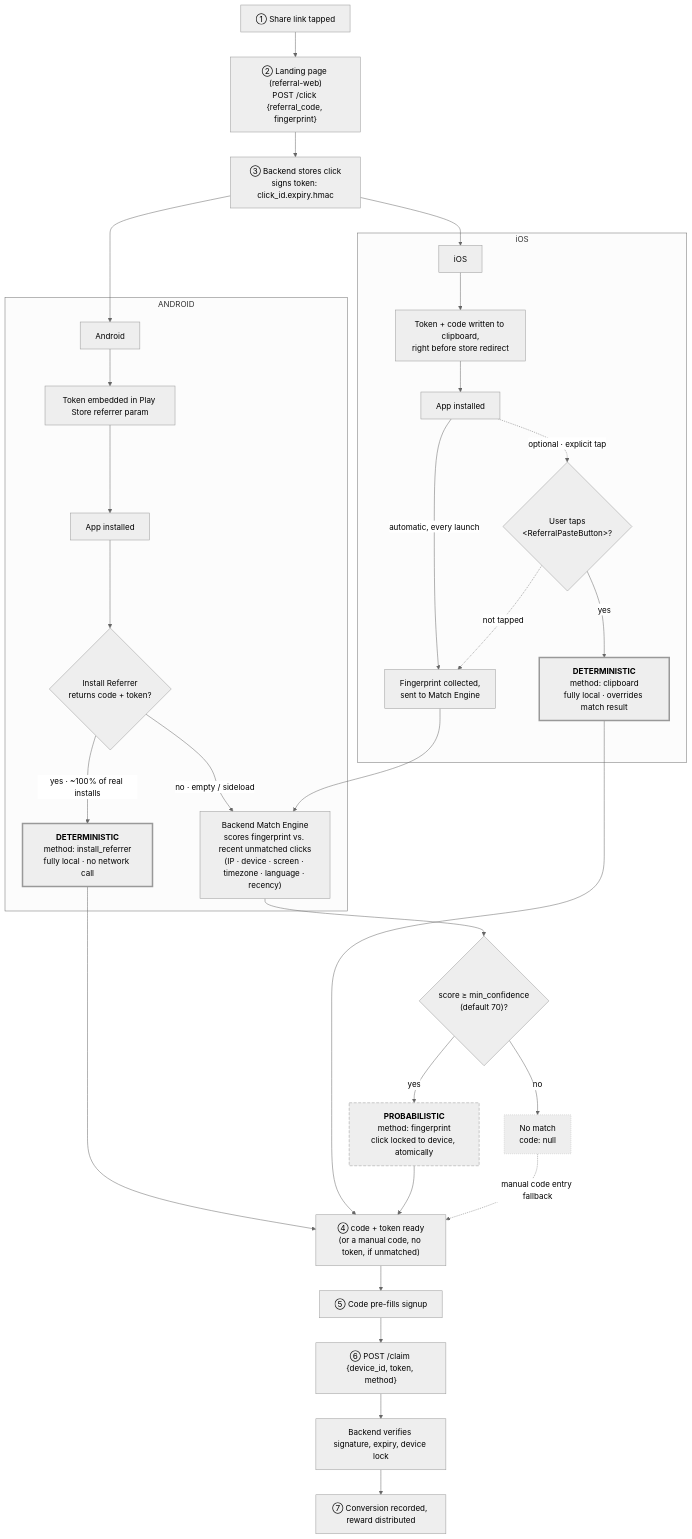
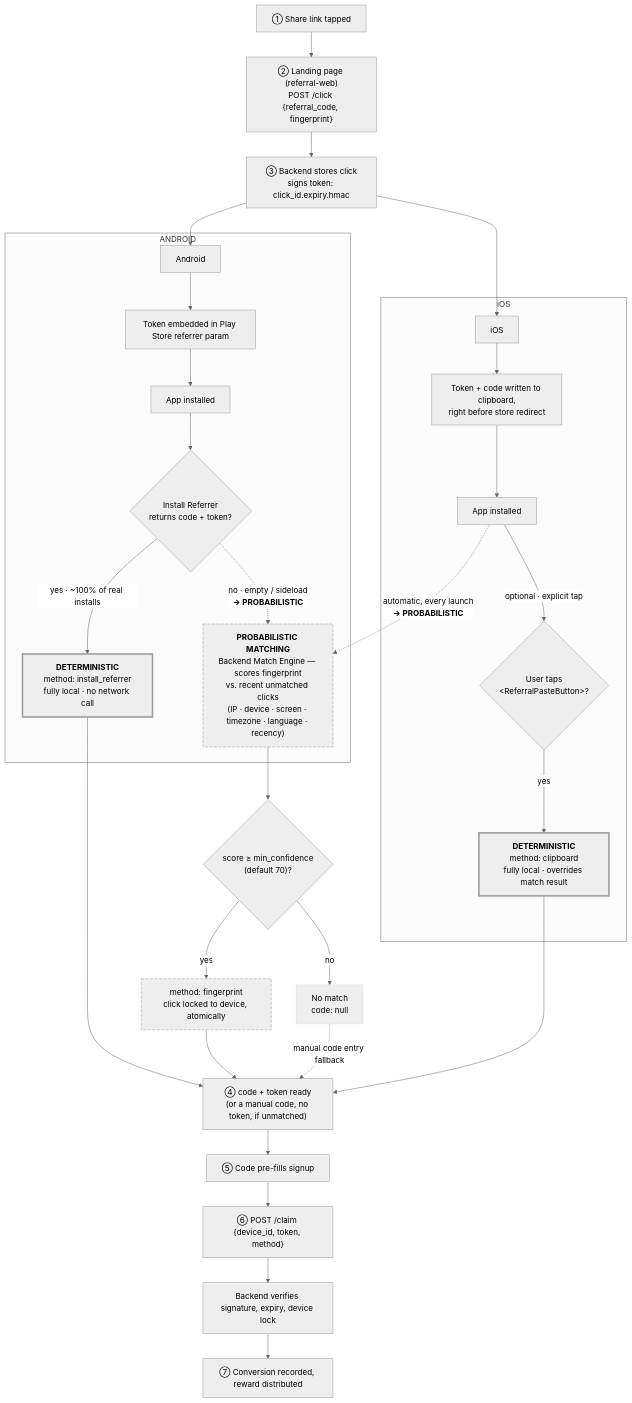
The diagram in docs/integration/recovery-flow.md (Newtdev/blynk-deferlink), drawn with Mermaid before and after one commit. The commit also changed other lines of this file, not shown here.

Commit message:
docs: fix diagram ambiguity — fingerprint path read as deterministic
Both diagrams (docs + artifact) had an unlabeled intermediate step
('Fingerprint collected, sent to Match Engine') sitting visually next to
the explicitly-labeled DETERMINISTIC box in each platform's lane, with no
PROBABILISTIC label until much further down at the match outcome. Read
top to bottom, it looked like fingerprint collection was part of getting
to the deterministic result instead of the alternate, probabilistic path.

Fixed by removing the unlabeled intermediate node, labeling both
platforms' fingerprint edges '→ PROBABILISTIC' at the exact point they
branch off (not just at the final match outcome), and retitling the
shared Match Engine node itself to lead with PROBABILISTIC MATCHING.

````diff
--- a/docs/integration/recovery-flow.md
+++ b/docs/integration/recovery-flow.md
@@ -8,47 +8,45 @@
 ```mermaid
 %%{init: {'theme': 'neutral'}}%%
 flowchart TD
     A["① Share link tapped"] --> B["② Landing page (referral-web)<br/>POST /click {referral_code, fingerprint}"]
     B --> C["③ Backend stores click<br/>signs token: click_id.expiry.hmac"]
     C --> D1[Android]
     C --> D2[iOS]
 
     subgraph android [ANDROID]
         D1 --> E1["Token embedded in Play Store referrer param"]
         E1 --> F1["App installed"]
         F1 --> G1{"Install Referrer<br/>returns code + token?"}
         G1 -->|"yes · ~100% of real installs"| H1["<b>DETERMINISTIC</b><br/>method: install_referrer<br/>fully local · no network call"]
-        G1 -->|"no · empty / sideload"| M
+        G1 -.->|"no · empty / sideload<br/><b>→ PROBABILISTIC</b>"| M
     end
 
     subgraph ios [iOS]
         D2 --> E2["Token + code written to clipboard,<br/>right before store redirect"]
         E2 --> F2["App installed"]
-        F2 -->|"automatic, every launch"| G2["Fingerprint collected,<br/>sent to Match Engine"]
-        G2 --> M
-        F2 -.->|"optional · explicit tap"| G3{"User taps<br/>&lt;ReferralPasteButton&gt;?"}
+        F2 -.->|"automatic, every launch<br/><b>→ PROBABILISTIC</b>"| M
+        F2 -->|"optional · explicit tap"| G3{"User taps<br/>&lt;ReferralPasteButton&gt;?"}
         G3 -->|yes| H2["<b>DETERMINISTIC</b><br/>method: clipboard<br/>fully local · overrides match result"]
-        G3 -.->|"not tapped"| G2
     end
 
-    M["Backend Match Engine<br/>scores fingerprint vs. recent unmatched clicks<br/>(IP · device · screen · timezone · language · recency)"] --> N{"score ≥ min_confidence<br/>(default 70)?"}
-    N -->|yes| O1["<b>PROBABILISTIC</b><br/>method: fingerprint<br/>click locked to device, atomically"]
+    M["<b>PROBABILISTIC MATCHING</b><br/>Backend Match Engine — scores fingerprint<br/>vs. recent unmatched clicks<br/>(IP · device · screen · timezone · language · recency)"] --> N{"score ≥ min_confidence<br/>(default 70)?"}
+    N -->|yes| O1["method: fingerprint<br/>click locked to device, atomically"]
     N -->|no| O2["No match<br/>code: null"]
 
     H1 --> P["④ code + token ready<br/>(or a manual code, no token, if unmatched)"]
     H2 --> P
     O1 --> P
     O2 -.->|"manual code entry fallback"| P
 
     P --> Q["⑤ Code pre-fills signup"]
     Q --> R["⑥ POST /claim {device_id, token, method}"]
     R --> S["Backend verifies signature, expiry, device lock"]
     S --> T["⑦ Conversion recorded, reward distributed"]
 
     classDef det stroke-width:3px
     classDef prob stroke-dasharray: 6 3
     classDef nomatch stroke-dasharray: 1 3
     class H1,H2 det
-    class O1 prob
+    class M,O1 prob
     class O2 nomatch
 ```
````
